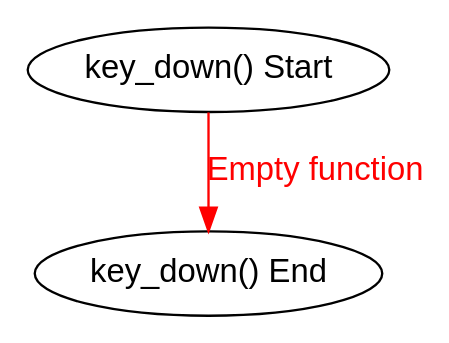
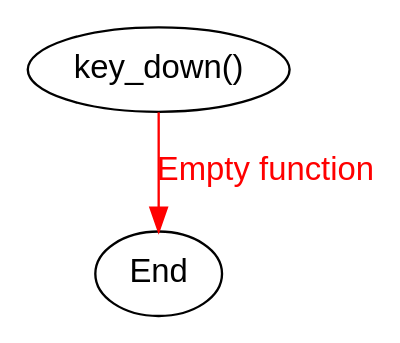
Before and after one commit to Lucas170620/prompts-infeasible-path-AI-detecting-repository: the diagram in quinta/adpcm/key_down.dot, drawn with Graphviz. The commit also changed 136 other files, not shown here.

```diff
--- a/quinta/adpcm/key_down.dot
+++ b/quinta/adpcm/key_down.dot
@@ -1,10 +1,10 @@
 digraph key_down {
     rankdir=TB;
     node [shape=box, fontname=Arial];
     edge [fontname=Arial];
 
-    start [label="key_down() Start", shape=ellipse];
-    end [label="key_down() End", shape=ellipse];
+    start [label="key_down()", shape=ellipse];
+    end [label="End", shape=ellipse];
     
     start -> end [label="Empty function", color=red, fontcolor=red];
 }
```
